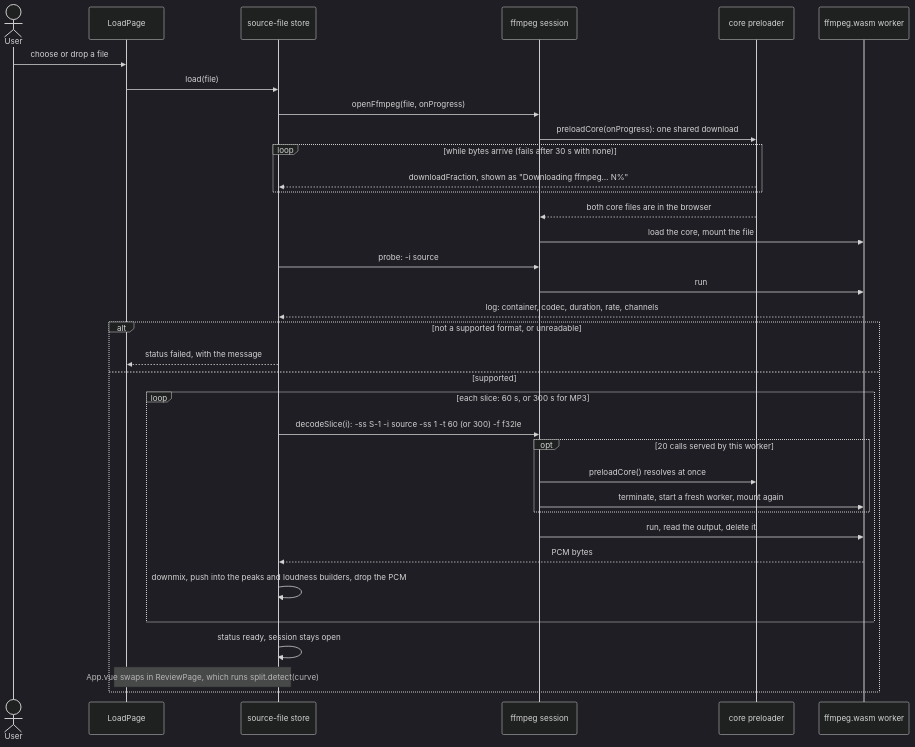
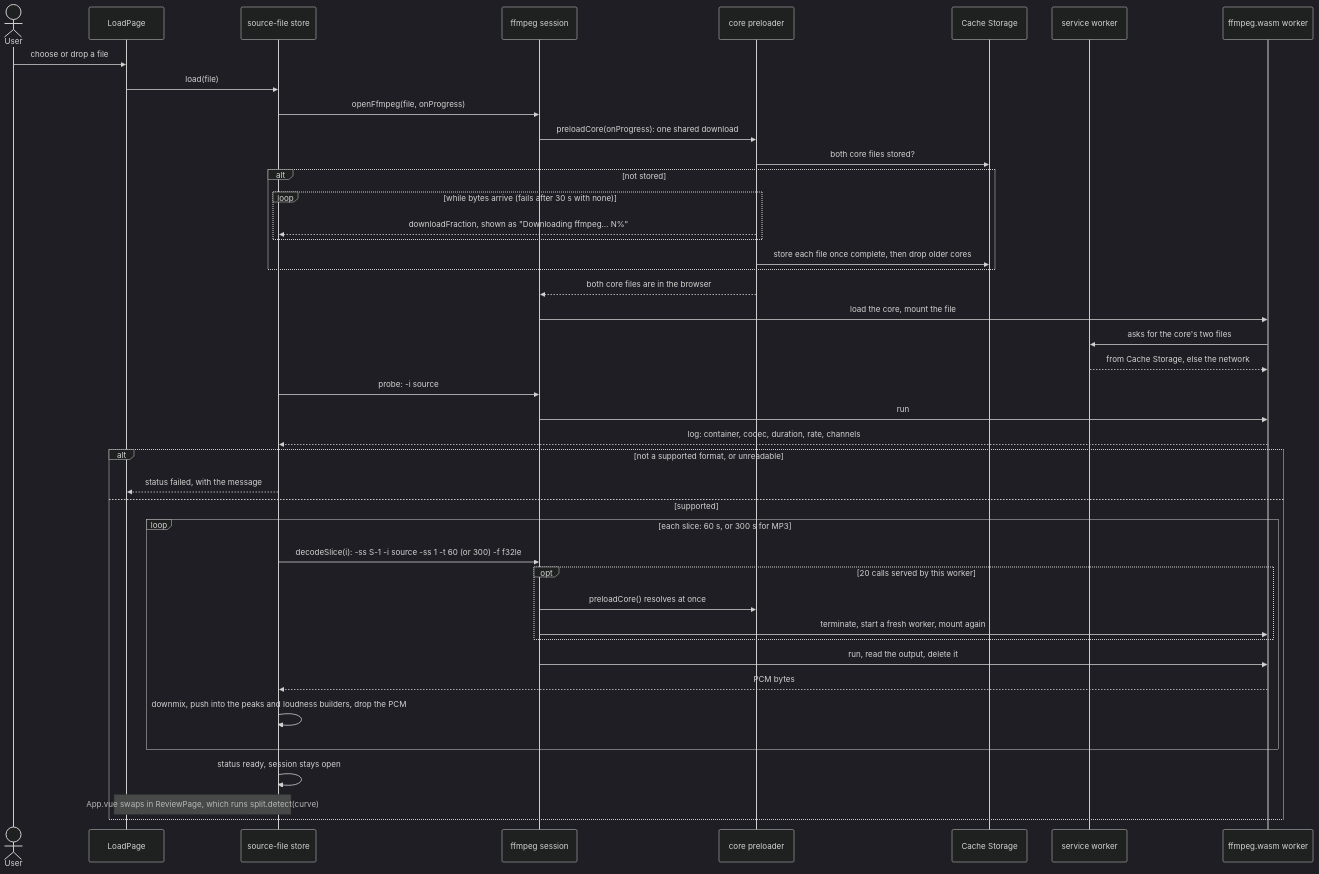
One commit to suleymanyaryev/audio-splitter changed the second of 9 diagrams in docs/architecture.md. Above: the diagram before and after it, drawn with Mermaid (dark theme). The commit also changed other lines of this file and 17 other files, not shown here.

Commit message:
perf: keep the ffmpeg core in the browser and serve it from a service worker

````diff
--- a/docs/architecture.md
+++ b/docs/architecture.md
@@ -74,38 +76,46 @@
 ```mermaid
 sequenceDiagram
   actor User
   participant page as LoadPage
   participant store as source-file store
   participant session as ffmpeg session
   participant preloader as core preloader
+  participant cache as Cache Storage
+  participant sw as service worker
   participant worker as ffmpeg.wasm worker
 
   User->>page: choose or drop a file
   page->>store: load(file)
   store->>session: openFfmpeg(file, onProgress)
   session->>preloader: preloadCore(onProgress): one shared download
-  loop while bytes arrive (fails after 30 s with none)
-    preloader-->>store: downloadFraction, shown as "Downloading ffmpeg… N%"
+  preloader->>cache: both core files stored?
+  alt not stored
+    loop while bytes arrive (fails after 30 s with none)
+      preloader-->>store: downloadFraction, shown as "Downloading ffmpeg… N%"
+    end
+    preloader->>cache: store each file once complete, then drop older cores
   end
   preloader-->>session: both core files are in the browser
   session->>worker: load the core, mount the file
+  worker->>sw: asks for the core's two files
+  sw-->>worker: from Cache Storage, else the network
   store->>session: probe: -i source
   session->>worker: run
   worker-->>store: log: container, codec, duration, rate, channels
   alt not a supported format, or unreadable
     store-->>page: status failed, with the message
   else supported
     loop each slice: 60 s, or 300 s for MP3
       store->>session: decodeSlice(i): -ss S-1 -i source -ss 1 -t 60 (or 300) -f f32le
       opt 20 calls served by this worker
         session->>preloader: preloadCore() resolves at once
         session->>worker: terminate, start a fresh worker, mount again
       end
       session->>worker: run, read the output, delete it
       worker-->>store: PCM bytes
       store->>store: downmix, push into the peaks and loudness builders, drop the PCM
     end
     store->>store: status ready, session stays open
     Note over page,store: App.vue swaps in ReviewPage, which runs split.detect(curve)
   end
 ```
````
